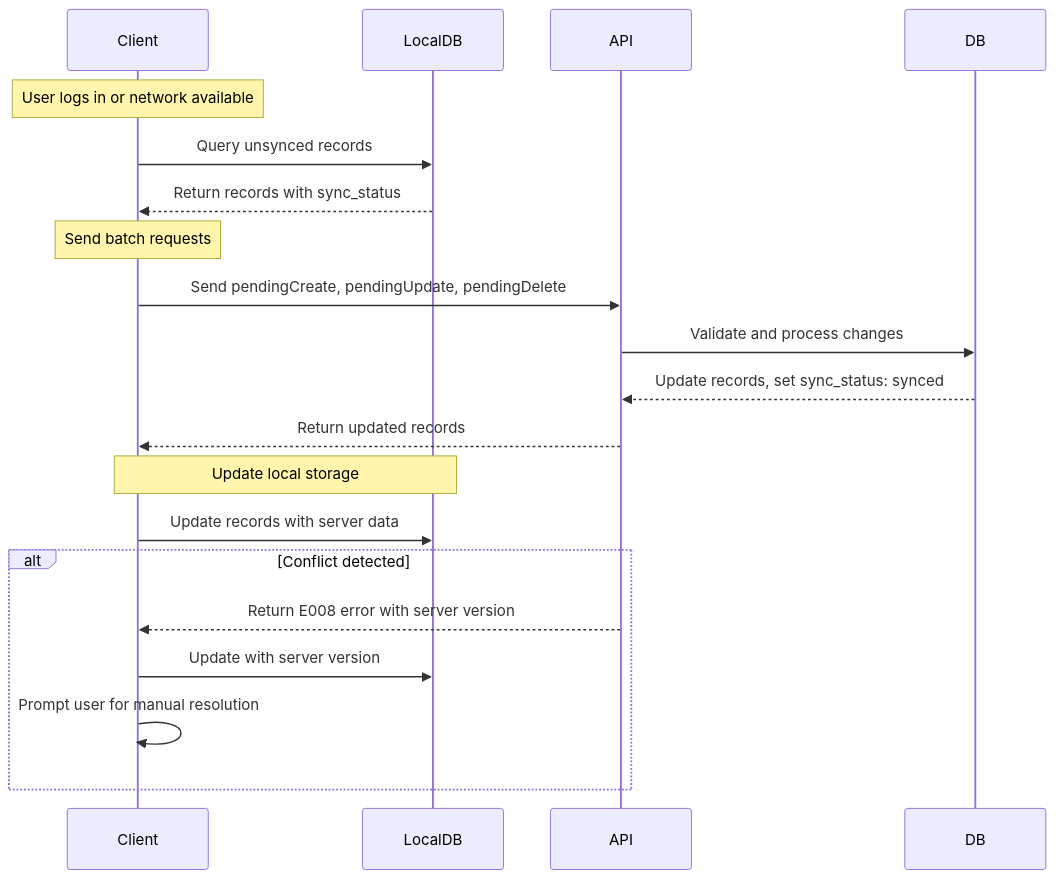
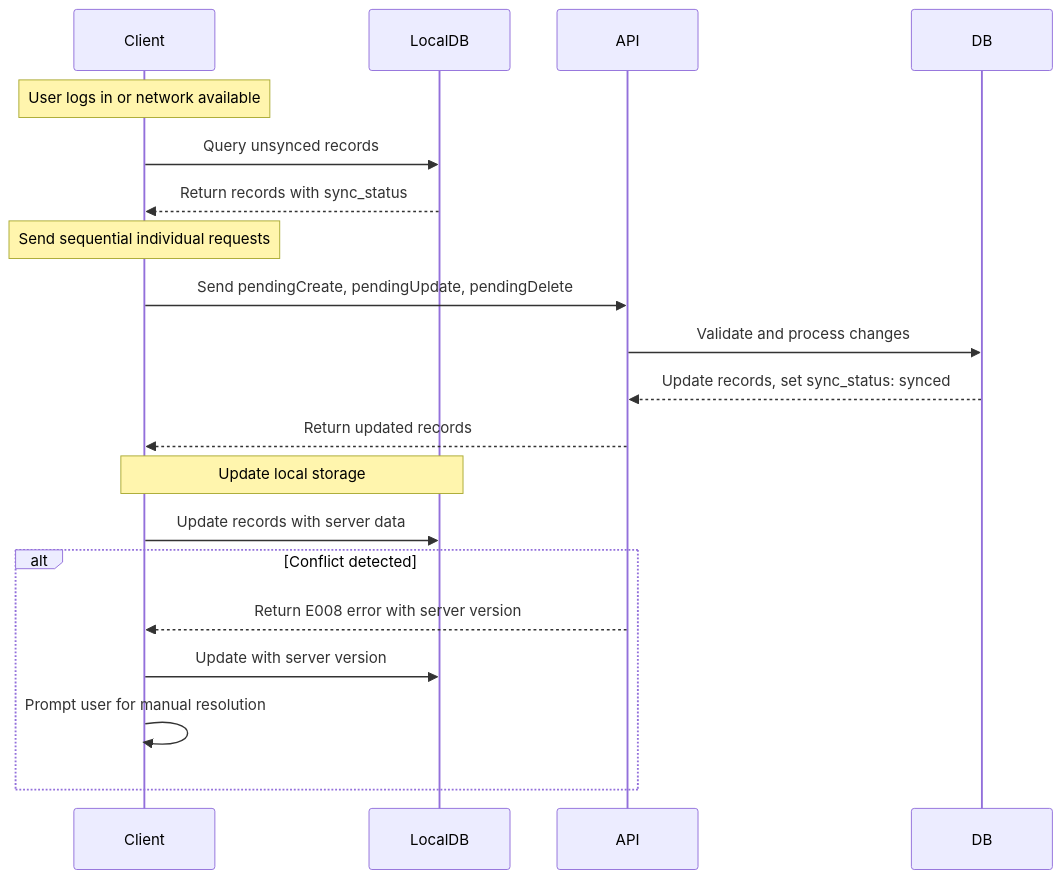
Before and after one commit to lhhiep2204/Locify: the second of 5 diagrams in docs/Locify_System_Architecture.md, drawn with Mermaid. The commit also changed other lines of this file and 5 other files, not shown here.

````diff
--- a/docs/Locify_System_Architecture.md
+++ b/docs/Locify_System_Architecture.md
@@ -96,23 +97,23 @@
 ```mermaid
 sequenceDiagram
     participant Client
     participant LocalDB
     participant API
     participant DB
 
     Note over Client: User logs in or network available
     Client->>LocalDB: Query unsynced records
     LocalDB-->>Client: Return records with sync_status
-    Note over Client: Send batch requests
+    Note over Client: Send sequential individual requests
     Client->>API: Send pendingCreate, pendingUpdate, pendingDelete
     API->>DB: Validate and process changes
     DB-->>API: Update records, set sync_status: synced
     API-->>Client: Return updated records
     Note over Client,LocalDB: Update local storage
     Client->>LocalDB: Update records with server data
     alt Conflict detected
         API-->>Client: Return E008 error with server version
         Client->>LocalDB: Update with server version
         Client->>Client: Prompt user for manual resolution
     end
 ```
````
